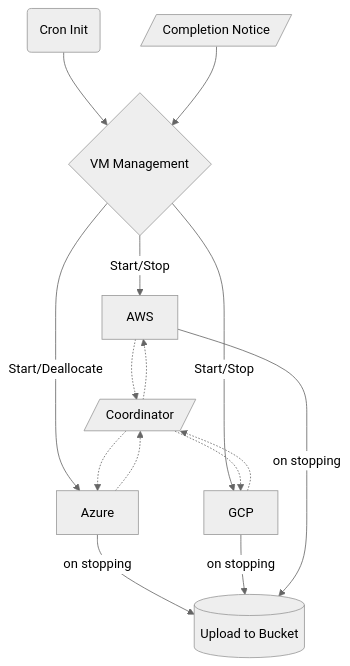
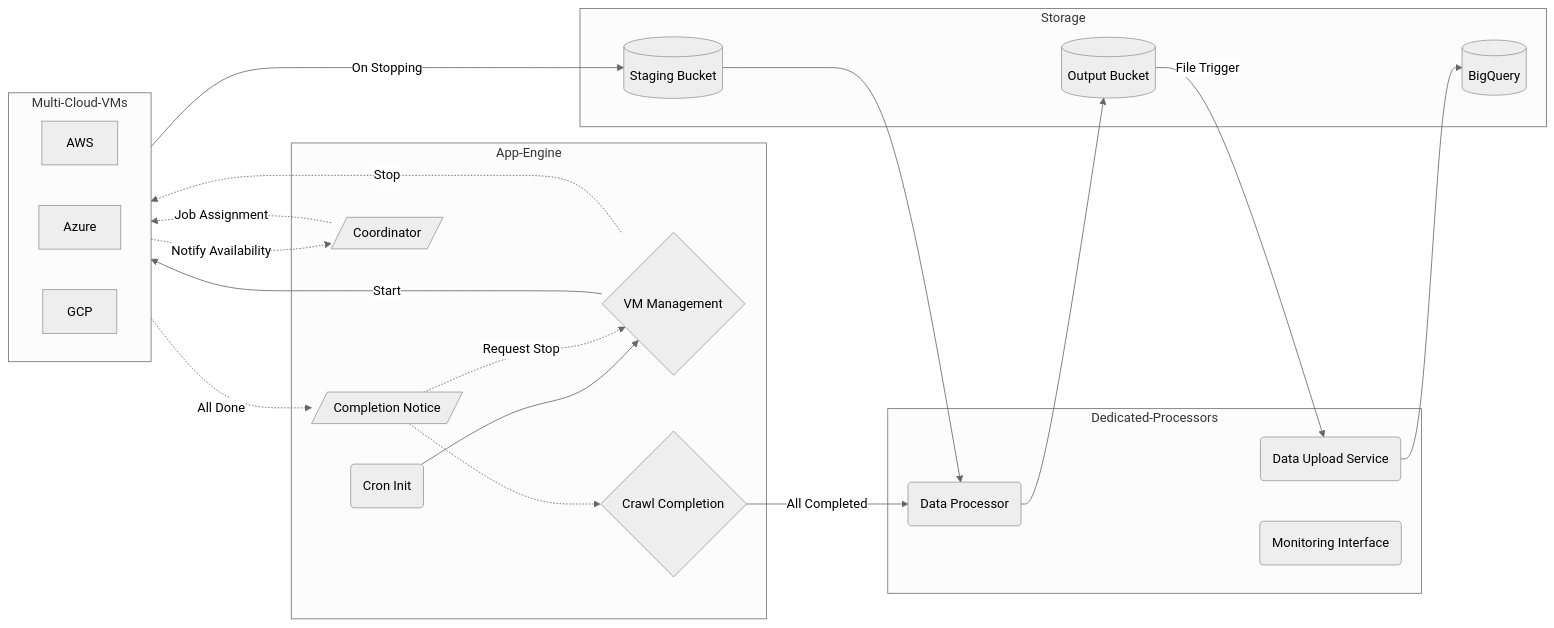
Before and after one commit to yyyaaan/yCrawl: the diagram in README.md, drawn with Mermaid (neutral theme). The commit also changed other lines of this file and 11 other files, not shown here.

````diff
--- a/README.md
+++ b/README.md
@@ -22,12 +24,34 @@
 ```mermaid
-graph TD
+flowchart LR
+    subgraph App-Engine
     S(Cron Init) --> VM{VM Management}
-    VM -->|Start/Stop| AWS & GCP
-    VM -->|Start/Deallocate| Azure
+    CO[/Coordinator/]
+    CE[/Completion Notice/] -.->|Request Stop| VM
+    AllDone{Crawl Completion}
+    end
 
-    Azure & GCP & AWS -->|on stopping| Bucket[(Upload to Bucket)]
+    subgraph Multi-Cloud-VMs
+    direction LR
+    AWS & Azure & GCP
+    end
 
-    CO[/Coordinator/] -.-> AWS & Azure & GCP -.-> CO
-    CE[/Completion Notice/] --> VM
+    subgraph Storage
+    BucketS[(Staging Bucket)]
+    BucketO[(Output Bucket)]
+    BQ[(BigQuery)]
+    end
 
+    subgraph Dedicated-Processors
+    DP(Data Processor)
+    UP(Data Upload Service)
+    M(Monitoring Interface)
+    end
+
+    VM -->|Start| Multi-Cloud-VMs -.->|All Done| CE -.-> AllDone
+    VM -.->|Stop| Multi-Cloud-VMs
+    CO -.->|Job Assignment| Multi-Cloud-VMs -.->|Notify Availability| CO
+    Multi-Cloud-VMs -->|On Stopping| BucketS
+
+    AllDone -->|All Completed| DP
+    BucketS --> DP --> BucketO -->|File Trigger| UP --> BQ
 ```
````
